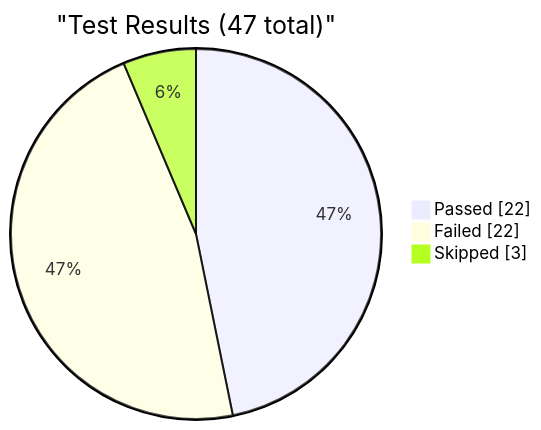
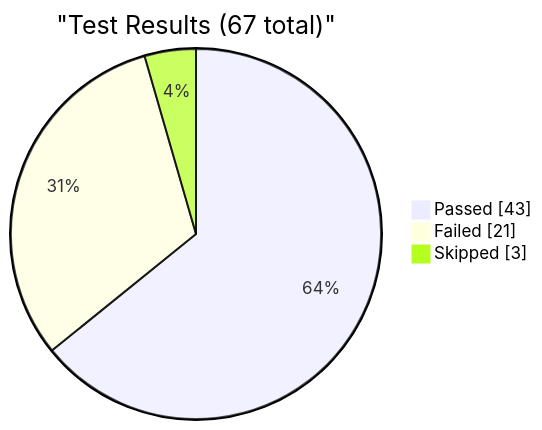
The first of 6 diagrams in reports/dashboard.md (EliteaAI/onetest-ai-tm-Elitea), drawn with Mermaid before and after one commit. The commit also changed other lines of this file and 1 other file, not shown here.

Commit message:
dashboard: update test metrics for RUN-ELITEA-2026-10-20-303-DEV-CHAT-FAILED

````diff
--- a/reports/dashboard.md
+++ b/reports/dashboard.md
@@ -9,7 +9,7 @@
 ```mermaid
 pie showData
-    title "Test Results (47 total)"
-    "Passed" : 22
-    "Failed" : 22
+    title "Test Results (67 total)"
+    "Passed" : 43
+    "Failed" : 21
     "Skipped" : 3
 ```
````
